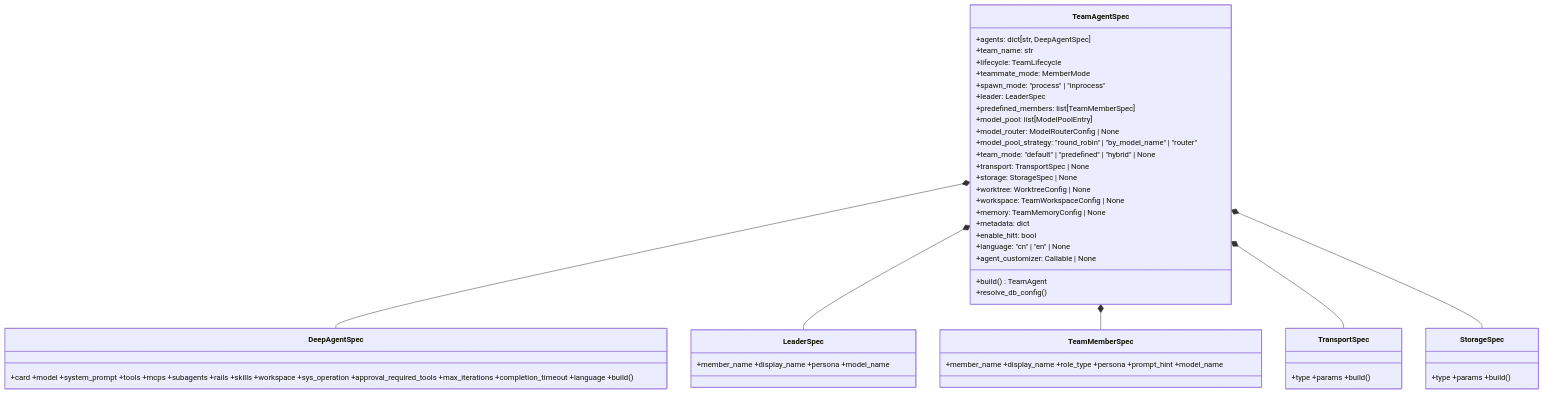
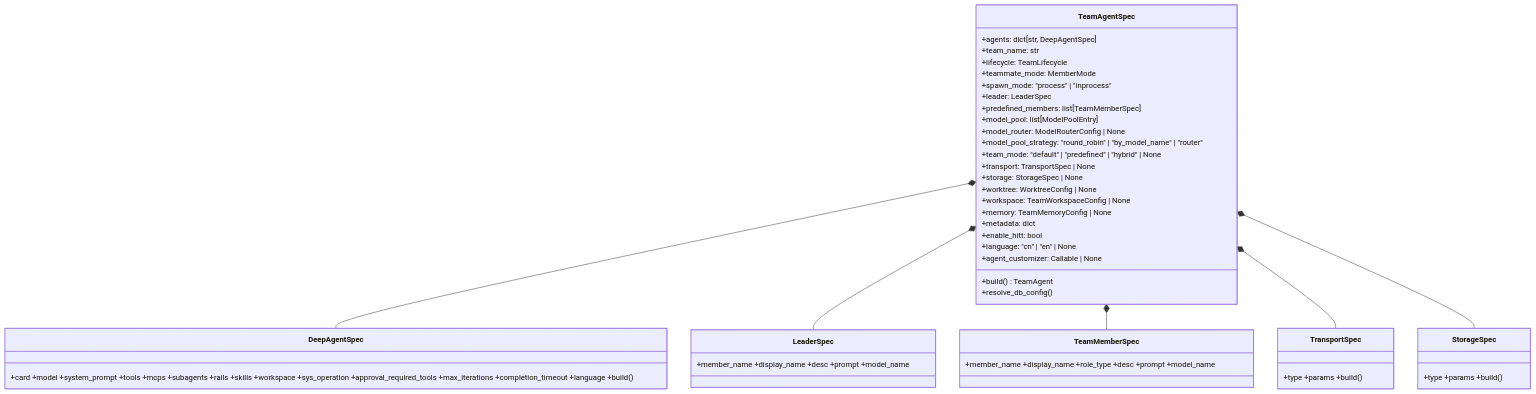
One commit to michaelatamuk/openjiuwen-agent-core changed the seventh of 14 diagrams in openjiuwen/agent_teams/docs/designs/architecture_cn.md. Above: the diagram before and after it, drawn with Mermaid. The commit also changed other lines of this file and 12 other files, not shown here.

First line of the commit message:
docs(swarm): archive F_49 and sync specs/AGENTS for desc/prompt split

````diff
--- a/openjiuwen/agent_teams/docs/designs/architecture_cn.md
+++ b/openjiuwen/agent_teams/docs/designs/architecture_cn.md
@@ -715,38 +715,38 @@
 ```mermaid
 classDiagram
     class TeamAgentSpec {
         +agents: dict[str, DeepAgentSpec]
         +team_name: str
         +lifecycle: TeamLifecycle
         +teammate_mode: MemberMode
         +spawn_mode: "process" | "inprocess"
         +leader: LeaderSpec
         +predefined_members: list[TeamMemberSpec]
         +model_pool: list[ModelPoolEntry]
         +model_router: ModelRouterConfig | None
         +model_pool_strategy: "round_robin" | "by_model_name" | "router"
         +team_mode: "default" | "predefined" | "hybrid" | None
         +transport: TransportSpec | None
         +storage: StorageSpec | None
         +worktree: WorktreeConfig | None
         +workspace: TeamWorkspaceConfig | None
         +memory: TeamMemoryConfig | None
         +metadata: dict
         +enable_hitt: bool
         +language: "cn" | "en" | None
         +agent_customizer: Callable | None
         +build() TeamAgent
         +resolve_db_config()
     }
-    class LeaderSpec { +member_name +display_name +persona +model_name }
-    class TeamMemberSpec { +member_name +display_name +role_type +persona +prompt_hint +model_name }
+    class LeaderSpec { +member_name +display_name +desc +prompt +model_name }
+    class TeamMemberSpec { +member_name +display_name +role_type +desc +prompt +model_name }
     class TransportSpec { +type +params +build() }
     class StorageSpec { +type +params +build() }
     class DeepAgentSpec { +card +model +system_prompt +tools +mcps +subagents +rails +skills +workspace +sys_operation +approval_required_tools +max_iterations +completion_timeout +language +build() }
 
     TeamAgentSpec *-- DeepAgentSpec
     TeamAgentSpec *-- LeaderSpec
     TeamAgentSpec *-- TeamMemberSpec
     TeamAgentSpec *-- TransportSpec
     TeamAgentSpec *-- StorageSpec
 ```
````
